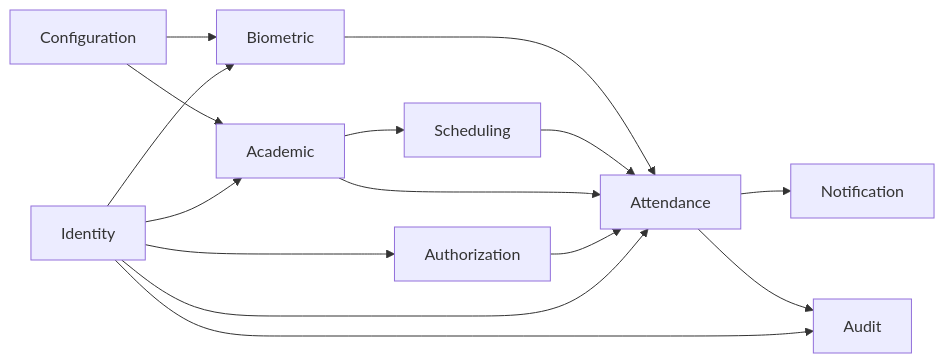
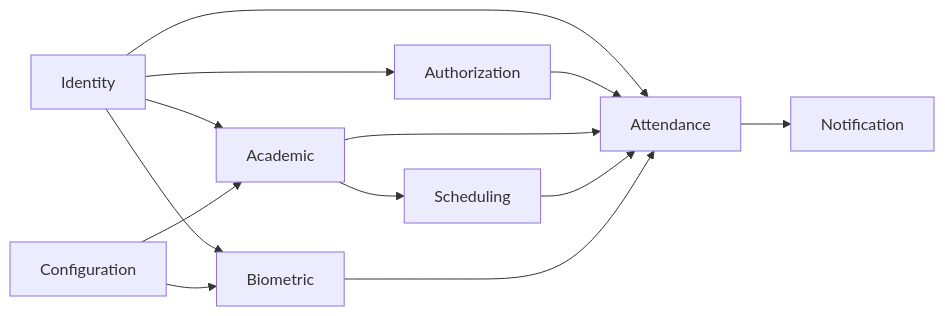
One commit to code-sena/fae-docs changed the diagram in 02-domain/domain-map.md. Above: the diagram before and after it, drawn with Mermaid. The commit also changed other lines of this file and 6 other files, not shown here.

````diff
--- a/02-domain/domain-map.md
+++ b/02-domain/domain-map.md
@@ -411,17 +376,15 @@
 ```mermaid
 graph LR
     Identity --> Authorization
     Identity --> Academic
     Identity --> Attendance
     Identity --> Biometric
-    Identity --> Audit
     Authorization --> Attendance
     Academic --> Scheduling
     Academic --> Attendance
     Scheduling --> Attendance
     Biometric --> Attendance
     Attendance --> Notification
-    Attendance --> Audit
     Configuration --> Academic
     Configuration --> Biometric
 ```
````
